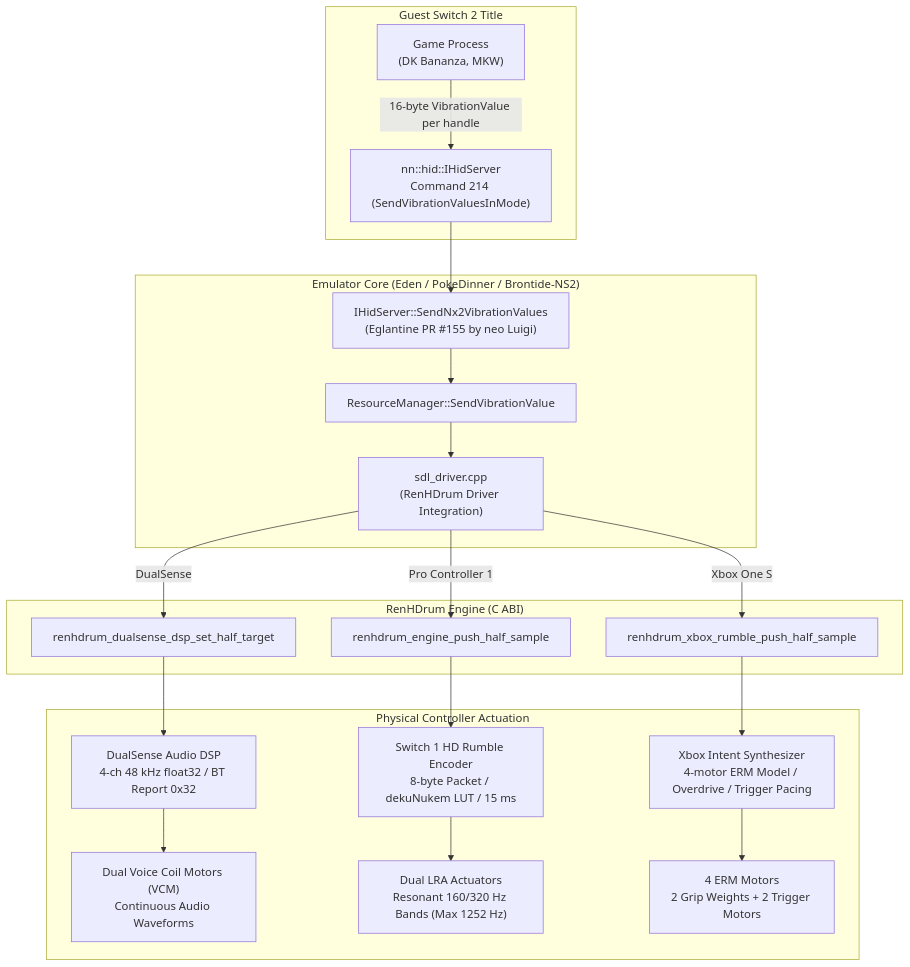
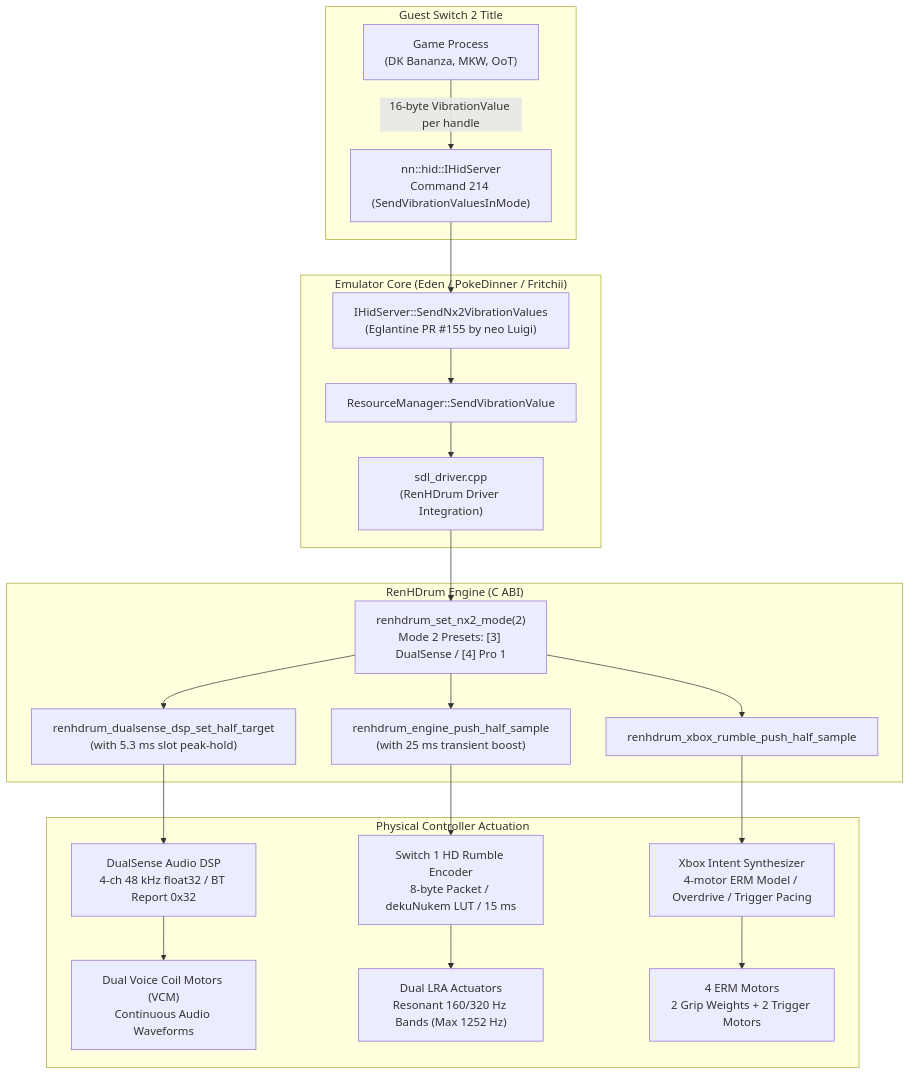
One commit to trzz1214/RenHDrum changed the diagram in docs/research/11-switch2-hd-rumble.md. Above: the diagram before and after it, drawn with Mermaid. The commit also changed other lines of this file and 33 other files, not shown here.

Commit message:
release: RenHDrum 0.3.0 (Switch 2 calibrated presets, recomp guide & generic C bridge, and emulator hooks)

````diff
--- a/docs/research/11-switch2-hd-rumble.md
+++ b/docs/research/11-switch2-hd-rumble.md
@@ -63,44 +99,47 @@
 ```mermaid
 flowchart TD
     subgraph Guest ["Guest Switch 2 Title"]
-        Game["Game Process\n(DK Bananza, MKW)"]
+        Game["Game Process\n(DK Bananza, MKW, OoT)"]
         Cmd214["nn::hid::IHidServer\nCommand 214 (SendVibrationValuesInMode)"]
         Game -->|16-byte VibrationValue per handle| Cmd214
     end
 
-    subgraph HLE ["Emulator Core (Eden / PokeDinner / Brontide-NS2)"]
+    subgraph HLE ["Emulator Core (Eden / PokeDinner / Fritchii)"]
         HidServer["IHidServer::SendNx2VibrationValues\n(Eglantine PR #155 by neo Luigi)"]
         ResMgr["ResourceManager::SendVibrationValue"]
         Driver["sdl_driver.cpp\n(RenHDrum Driver Integration)"]
         Cmd214 --> HidServer
         HidServer --> ResMgr
         ResMgr --> Driver
     end
 
     subgraph RenHDrumCore ["RenHDrum Engine (C ABI)"]
-        DS_Entry["renhdrum_dualsense_dsp_set_half_target"]
-        Pro_Entry["renhdrum_engine_push_half_sample"]
+        Mode_Check["renhdrum_set_nx2_mode(2)\nMode 2 Presets: [3] DualSense / [4] Pro 1"]
+        DS_Entry["renhdrum_dualsense_dsp_set_half_target\n(with 5.3 ms slot peak-hold)"]
+        Pro_Entry["renhdrum_engine_push_half_sample\n(with 25 ms transient boost)"]
         Xbox_Entry["renhdrum_xbox_rumble_push_half_sample"]
-        Driver -->|DualSense| DS_Entry
-        Driver -->|Pro Controller 1| Pro_Entry
-        Driver -->|Xbox One S| Xbox_Entry
+
+        Driver --> Mode_Check
+        Mode_Check --> DS_Entry
+        Mode_Check --> Pro_Entry
+        Mode_Check --> Xbox_Entry
     end
 
     subgraph Hardware ["Physical Controller Actuation"]
         DS_DSP["DualSense Audio DSP\n4-ch 48 kHz float32 / BT Report 0x32"]
         Pro_Encoder["Switch 1 HD Rumble Encoder\n8-byte Packet / dekuNukem LUT / 15 ms"]
         Xbox_Mapper["Xbox Intent Synthesizer\n4-motor ERM Model / Overdrive / Trigger Pacing"]
 
         DS_Entry --> DS_DSP
         Pro_Entry --> Pro_Encoder
         Xbox_Entry --> Xbox_Mapper
 
         DS_Act["Dual Voice Coil Motors (VCM)\nContinuous Audio Waveforms"]
         Pro_Act["Dual LRA Actuators\nResonant 160/320 Hz Bands (Max 1252 Hz)"]
         Xbox_Act["4 ERM Motors\n2 Grip Weights + 2 Trigger Motors"]
 
         DS_DSP --> DS_Act
         Pro_Encoder --> Pro_Act
         Xbox_Mapper --> Xbox_Act
     end
 ```
````
